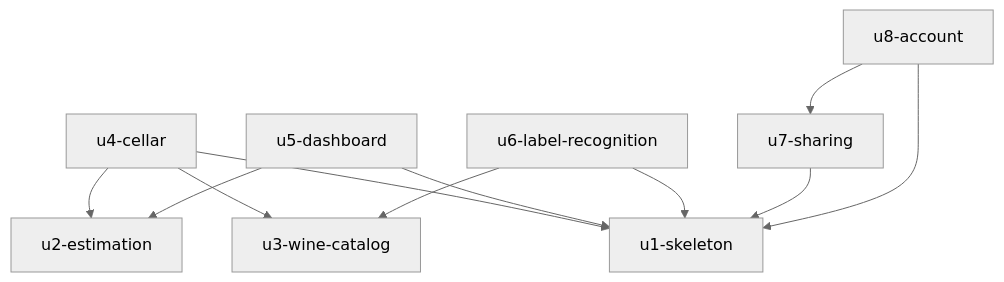
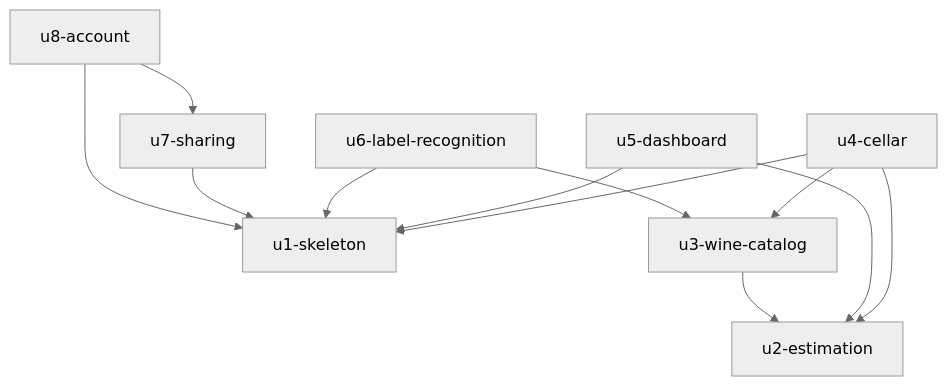
The diagram in aidlc/spaces/default/intents/261104-wine-cellar-app/inception/units-generation/unit-of-work-dependency.md (brunobottazzini/Vinoozy), drawn with Mermaid (neutral theme) before and after one commit. The commit also changed other lines of this file and 671 other files, not shown here.

````diff
--- a/aidlc/spaces/default/intents/261104-wine-cellar-app/inception/units-generation/unit-of-work-dependency.md
+++ b/aidlc/spaces/default/intents/261104-wine-cellar-app/inception/units-generation/unit-of-work-dependency.md
@@ -7,13 +7,14 @@
 ```mermaid
 graph TD
   u4-cellar --> u1-skeleton
   u4-cellar --> u2-estimation
   u4-cellar --> u3-wine-catalog
   u5-dashboard --> u1-skeleton
   u5-dashboard --> u2-estimation
   u6-label-recognition --> u1-skeleton
   u6-label-recognition --> u3-wine-catalog
+  u3-wine-catalog --> u2-estimation
   u7-sharing --> u1-skeleton
   u8-account --> u1-skeleton
   u8-account --> u7-sharing
 ```
````
